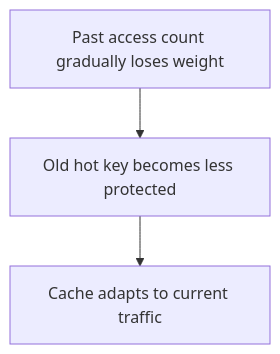
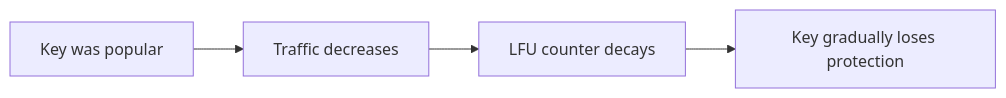
Before and after one commit to AvadhBhalodiya/Interview-Preparation: the sixth of 9 diagrams in src/content/caching/ttl-eviction-policies.md, drawn with Mermaid. The commit also changed other lines of this file and 54 other files, not shown here.

````diff
--- a/src/content/caching/ttl-eviction-policies.md
+++ b/src/content/caching/ttl-eviction-policies.md
@@ -737,5 +441,6 @@
 ```mermaid
-flowchart TD
-    P[Past access count gradually loses weight] --> O[Old hot key becomes less protected]
-    O --> C[Cache adapts to current traffic]
+flowchart LR
+    A[Key was popular] --> B[Traffic decreases]
+    B --> C[LFU counter decays]
+    C --> D[Key gradually loses protection]
 ```
````
